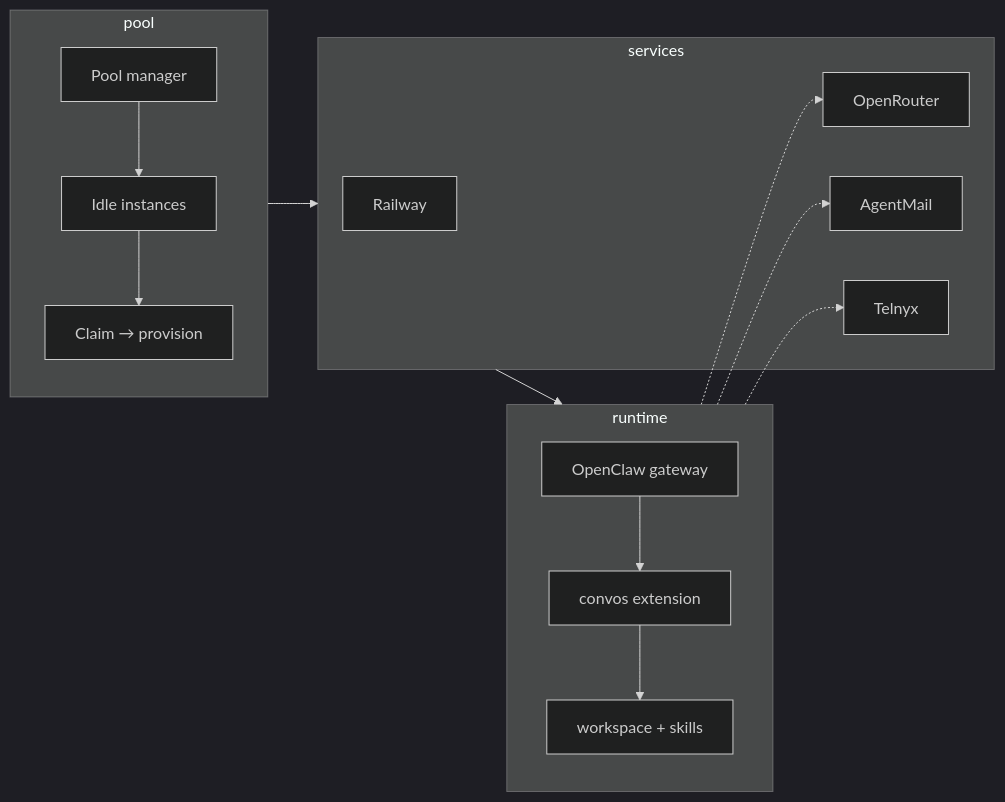
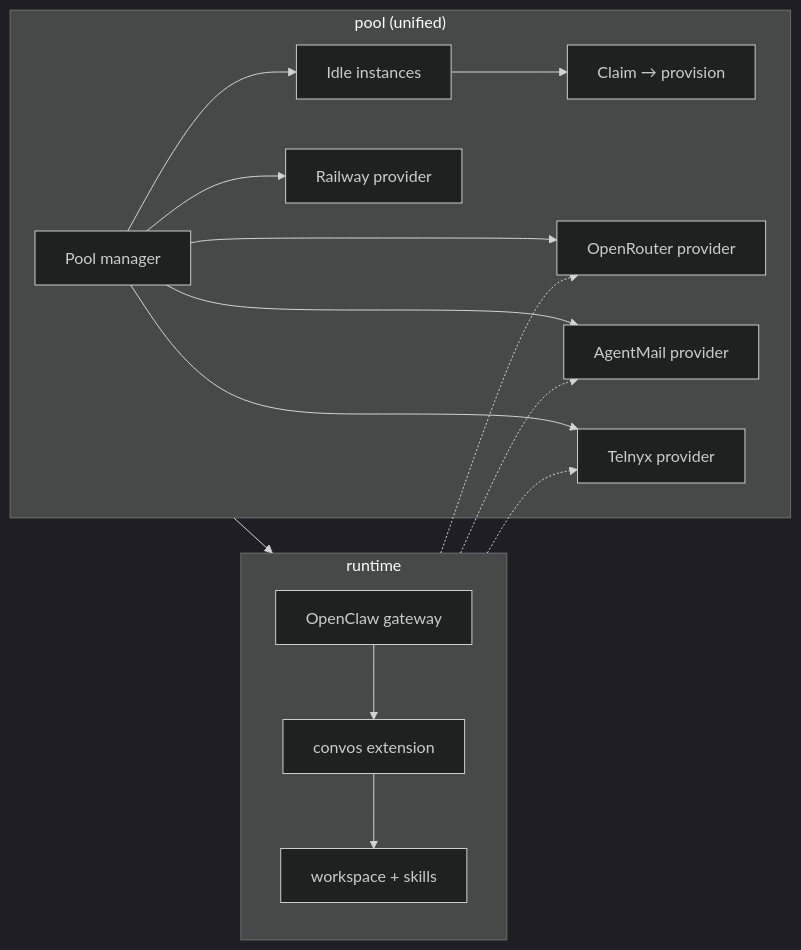
Before and after one commit to xmtplabs/convos-managed-agent-runtime: the first of 2 diagrams in README.md, drawn with Mermaid (dark theme). The commit also changed other lines of this file and 5 other files, not shown here.

First line of the commit message:
docs: update all docs to reflect services-into-pool merge

````diff
--- a/README.md
+++ b/README.md
@@ -33,26 +19,24 @@
 ```mermaid
 flowchart LR
   subgraph runtime["runtime"]
     R1[OpenClaw gateway]
     R2[convos extension]
     R3[workspace + skills]
     R1 --> R2 --> R3
   end
-  subgraph pool["pool"]
+  subgraph pool["pool (unified)"]
     P1[Pool manager]
     P2[Idle instances]
     P3[Claim → provision]
+    P4[Railway provider]
+    P5[OpenRouter provider]
+    P6[AgentMail provider]
+    P7[Telnyx provider]
     P1 --> P2 --> P3
+    P1 --> P4 & P5 & P6 & P7
   end
-  subgraph services["services"]
-    S1[Railway]
-    S2[OpenRouter]
-    S3[AgentMail]
-    S4[Telnyx]
-  end
-  pool --> services
-  services --> runtime
-  runtime -.-> S2
-  runtime -.-> S3
-  runtime -.-> S4
+  pool --> runtime
+  runtime -.-> P5
+  runtime -.-> P6
+  runtime -.-> P7
 ```
````
